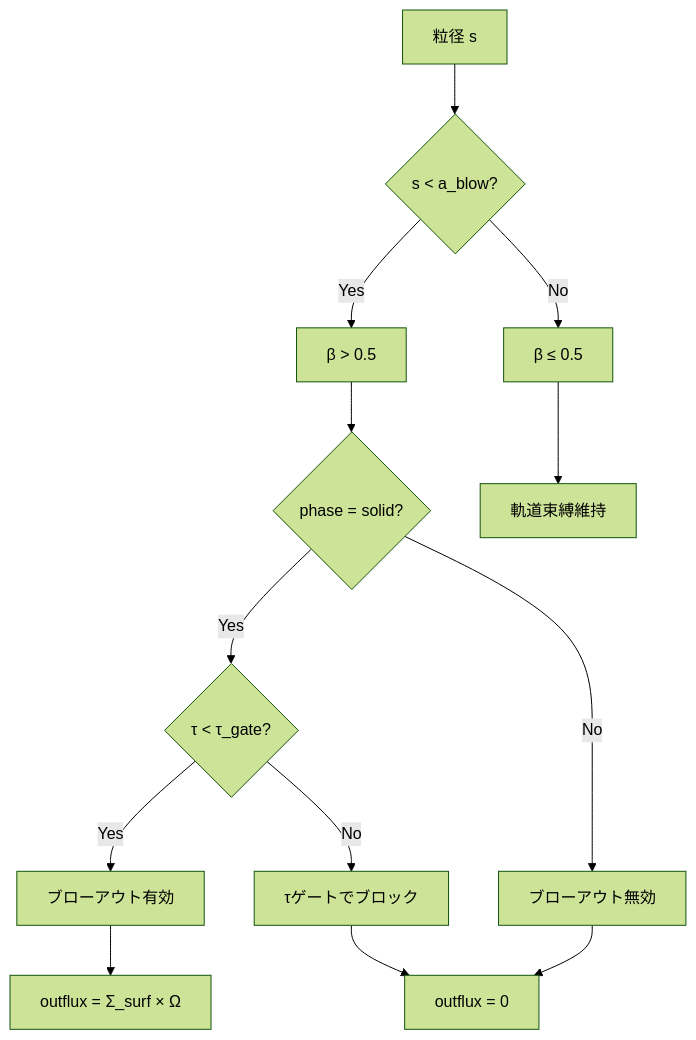
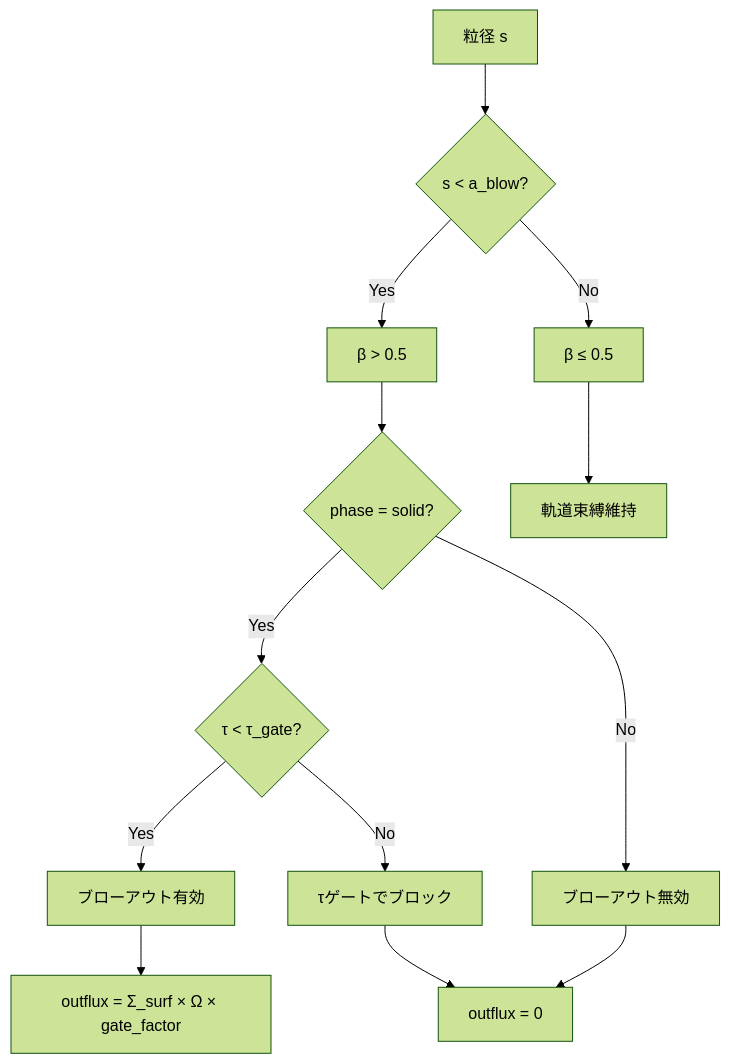
The eighth of 12 diagrams in analysis/physics_flow.md (Einfeld686/MarsDiskSimulation), drawn with Mermaid (forest theme) before and after one commit. The commit also changed other lines of this file and 14 other files, not shown here.

````diff
--- a/analysis/physics_flow.md
+++ b/analysis/physics_flow.md
@@ -207,18 +337,18 @@
 ```mermaid
 flowchart TB
     A[粒径 s] --> B{s < a_blow?}
     B -->|Yes| C[β > 0.5]
     B -->|No| D[β ≤ 0.5]
     
     C --> E{phase = solid?}
     E -->|Yes| F{τ < τ_gate?}
     E -->|No| G[ブローアウト無効]
     
     F -->|Yes| H[ブローアウト有効]
     F -->|No| I[τゲートでブロック]
     
-    H --> J["outflux = Σ_surf × Ω"]
+    H --> J["outflux = Σ_surf × Ω × gate_factor"]
     G --> K["outflux = 0"]
     I --> K
     D --> L[軌道束縛維持]
 ```
````
